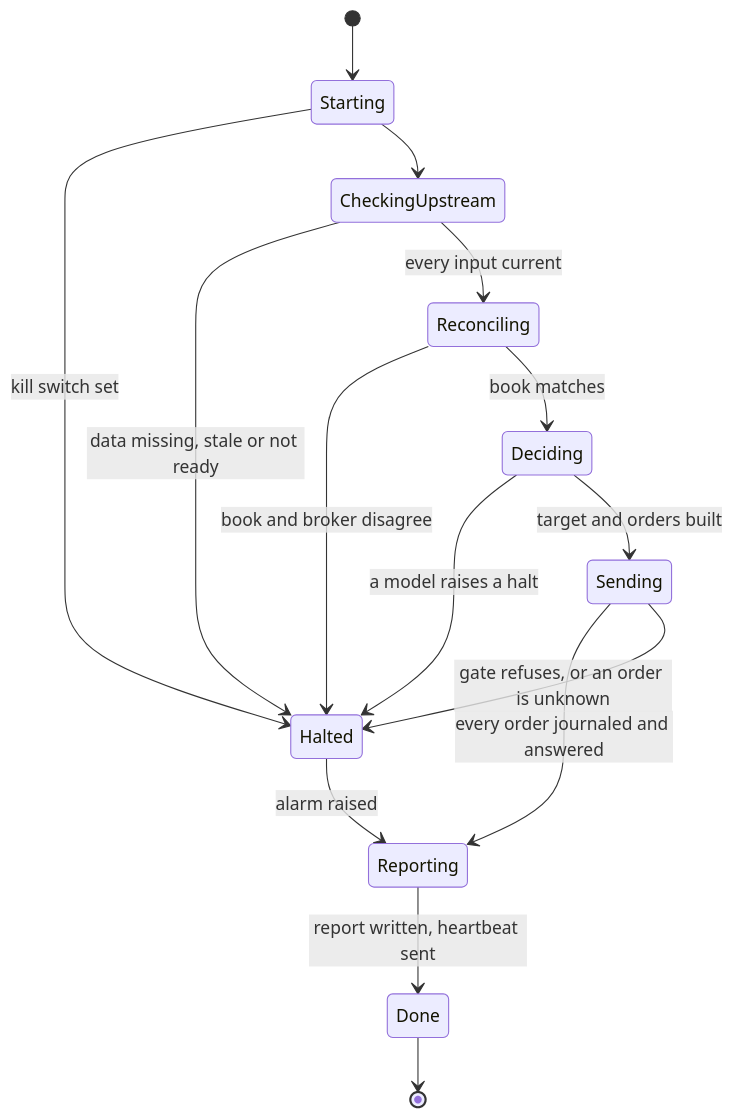
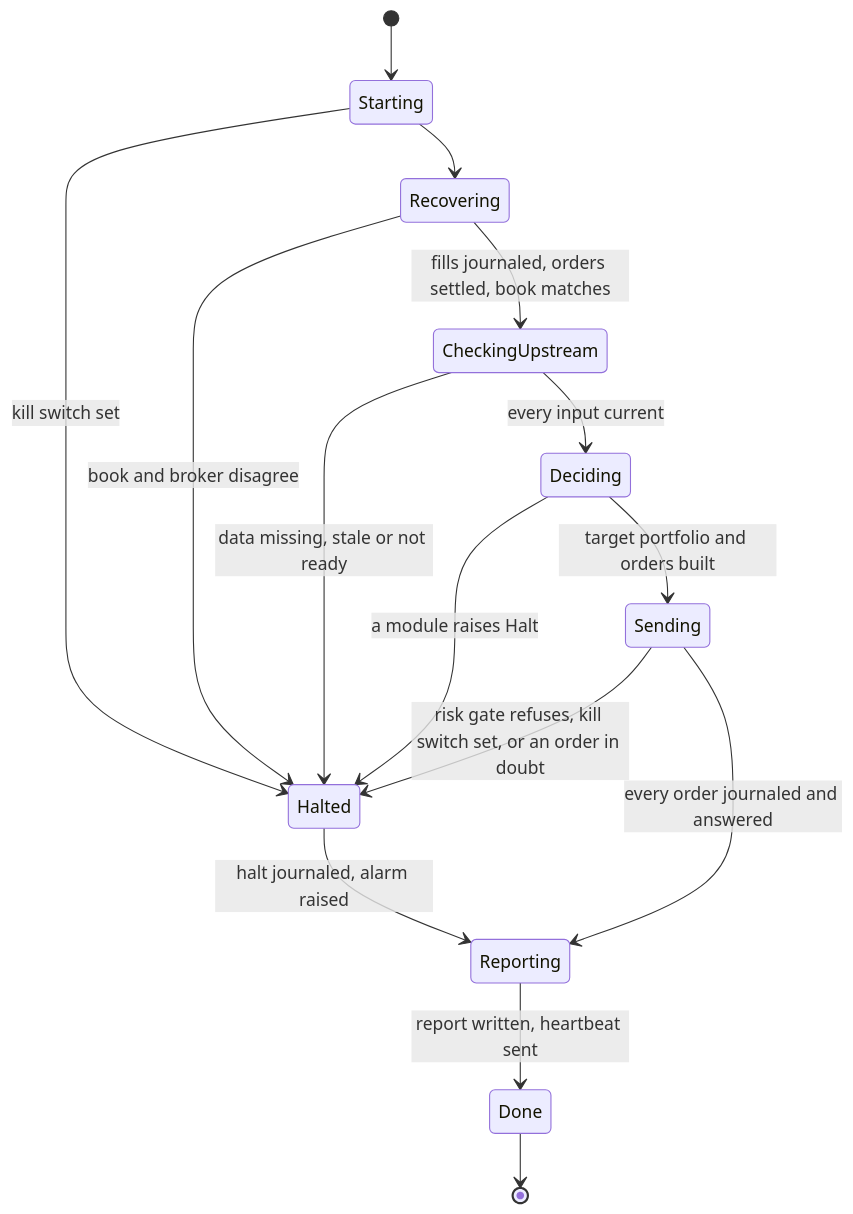
Before and after one commit to l3a0/ithildin-runtime: diagram 13 of 16 in docs/architecture.md, drawn with Mermaid. The commit also changed other lines of this file, not shown here.

First line of the commit message:
docs(architecture): apply the review's verified findings

````diff
--- a/docs/architecture.md
+++ b/docs/architecture.md
@@ -622,17 +813,17 @@
 ```mermaid
 stateDiagram-v2
     [*] --> Starting
     Starting --> Halted: kill switch set
-    Starting --> CheckingUpstream
+    Starting --> Recovering
+    Recovering --> Halted: book and broker disagree
+    Recovering --> CheckingUpstream: fills journaled, orders settled, book matches
     CheckingUpstream --> Halted: data missing, stale or not ready
-    CheckingUpstream --> Reconciling: every input current
-    Reconciling --> Halted: book and broker disagree
-    Reconciling --> Deciding: book matches
-    Deciding --> Halted: a model raises a halt
-    Deciding --> Sending: target and orders built
+    CheckingUpstream --> Deciding: every input current
+    Deciding --> Halted: a module raises Halt
+    Deciding --> Sending: target portfolio and orders built
+    Sending --> Halted: risk gate refuses, kill switch set, or an order in doubt
     Sending --> Reporting: every order journaled and answered
-    Sending --> Halted: gate refuses, or an order is unknown
+    Halted --> Reporting: halt journaled, alarm raised
     Reporting --> Done: report written, heartbeat sent
-    Halted --> Reporting: alarm raised
     Done --> [*]
 ```
````
